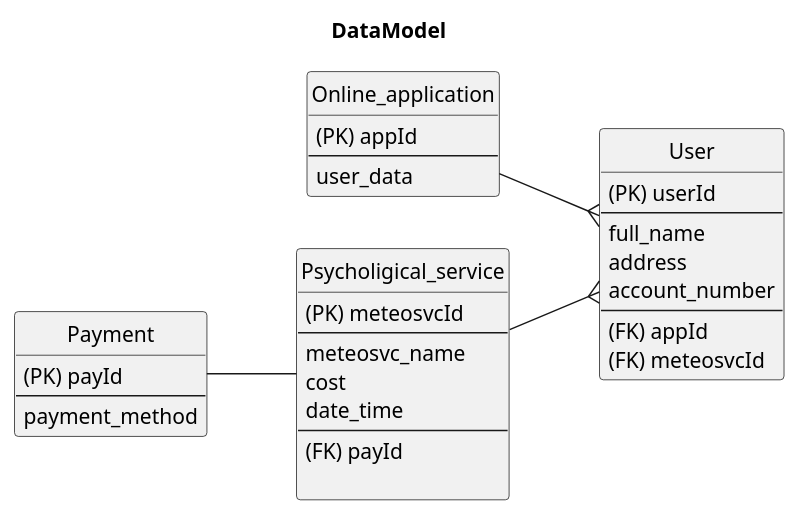
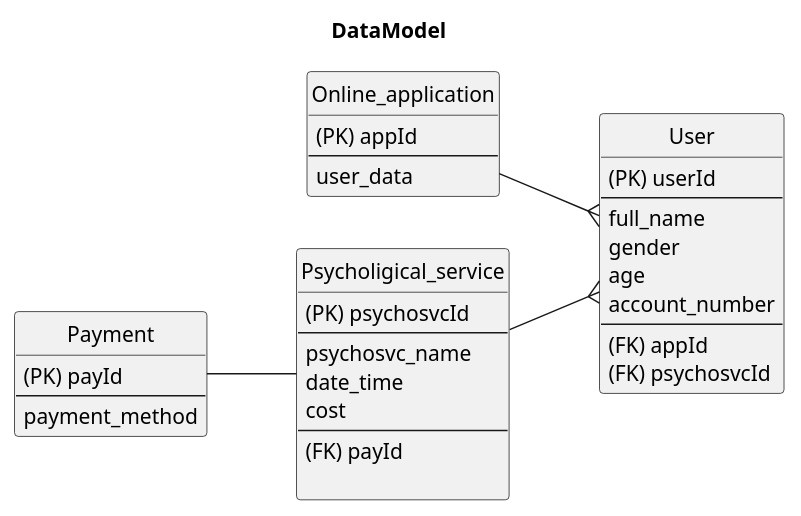
The diagram in 2-SoftwareDesign/2.7-PlantUML/DataModel.puml (oleksandrblazhko/ai-212-omelchuk), drawn with PlantUML before and after one commit.

```diff
--- a/2-SoftwareDesign/2.7-PlantUML/DataModel.puml
+++ b/2-SoftwareDesign/2.7-PlantUML/DataModel.puml
@@ -1,47 +1,48 @@
 @startuml
 
 title DataModel
 left to right direction
 hide circle
 
 entity "User" as a01 {
     (PK) userId
     --
     full_name
-    address
+    gender
+    age
     account_number
     --
     (FK) appId
-    (FK) meteosvcId
+    (FK) psychosvcId
 }
 
 entity "Online_application" as a02 {
     (PK) appId
     --
     user_data
 }
 
 entity "Psycholigical_service" as a03 {
-    (PK) meteosvcId
+    (PK) psychosvcId
     --
-    meteosvc_name
+    psychosvc_name
+    date_time
     cost
-    date_time
     --
     (FK) payId
 
 }
 
 entity "Payment" as a04 {
     (PK) payId
     --
     payment_method
 }
 
 a02 --{ a01
 
 a03 --{ a01
 
 a04 -- a03
 
 @enduml
```
